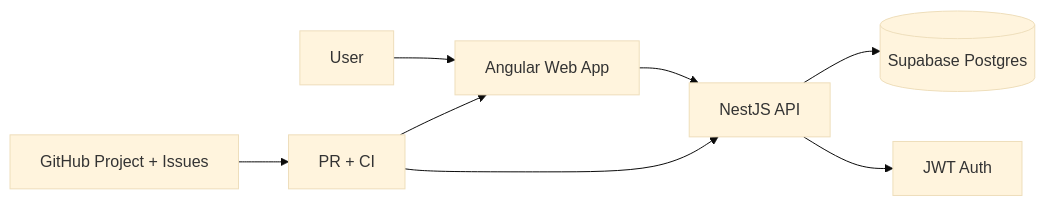
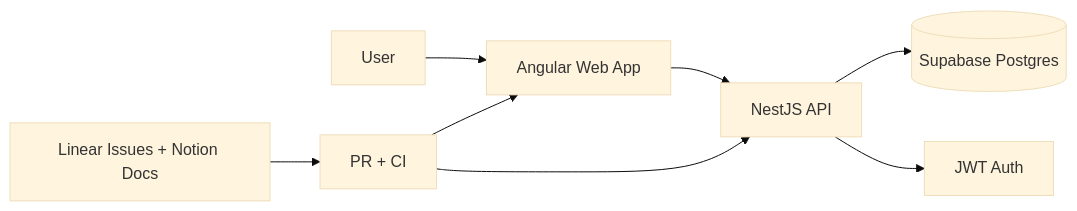
One commit to RidelHI/ia-pm-development changed the first of 2 diagrams in docs/arch/overview.md. Above: the diagram before and after it, drawn with Mermaid (base theme). The commit also changed 23 other files, not shown here.

Commit message:
feat(ia-17): migrate delivery flow to linear/notion and add low-stock dashboard (#83)

````diff
--- a/docs/arch/overview.md
+++ b/docs/arch/overview.md
@@ -7,10 +7,10 @@
 ```mermaid
 flowchart LR
   U[User] --> W[Angular Web App]
   W --> A[NestJS API]
   A --> D[(Supabase Postgres)]
   A --> J[JWT Auth]
-  P[GitHub Project + Issues] --> R[PR + CI]
+  P[Linear Issues + Notion Docs] --> R[PR + CI]
   R --> W
   R --> A
 ```
````
